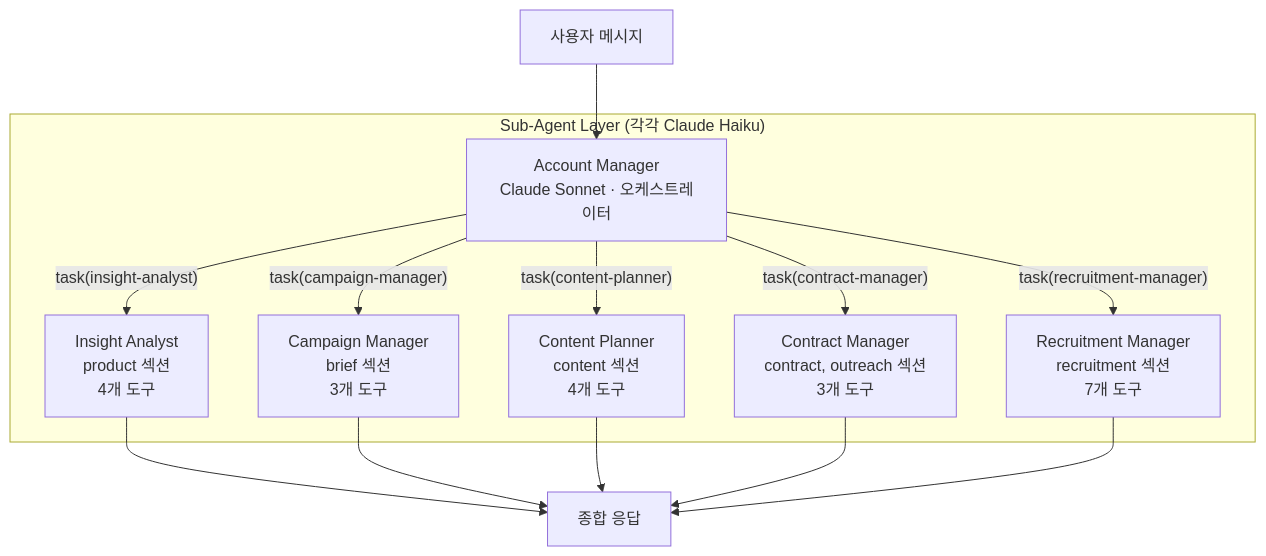
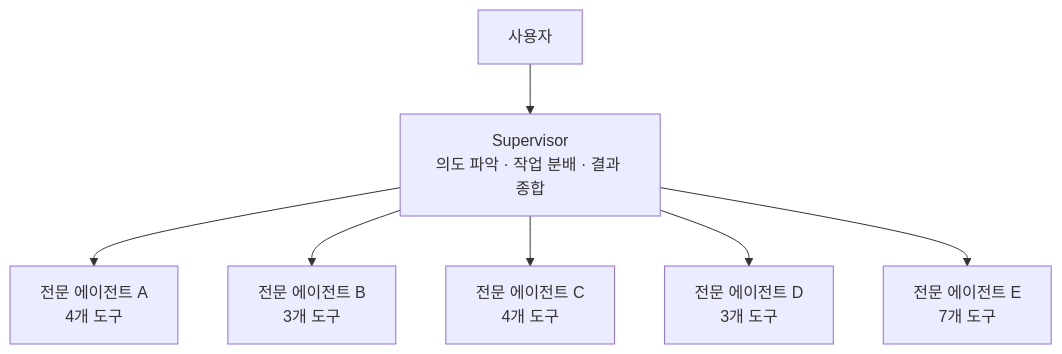
One commit to genie49/genie-cv changed the first of 2 diagrams in data/content/notes/kimpro-multi-agent.md. Above: the diagram before and after it, drawn with Mermaid. The commit also changed other lines of this file and 1 other file, not shown here.

First line of the commit message:
content: rewrite multi-agent note as harness engineering, merge snapshot-rollback

````diff
--- a/data/content/notes/kimpro-multi-agent.md
+++ b/data/content/notes/kimpro-multi-agent.md
@@ -45,18 +23,9 @@
 ```mermaid
 graph TB
-    User[사용자 메시지] --> AM[Account Manager<br/>Claude Sonnet · 오케스트레이터]
-
-    subgraph "Sub-Agent Layer (각각 Claude Haiku)"
-        AM -->|"task(insight-analyst)"| IA[Insight Analyst<br/>product 섹션<br/>4개 도구]
-        AM -->|"task(campaign-manager)"| CM[Campaign Manager<br/>brief 섹션<br/>3개 도구]
-        AM -->|"task(content-planner)"| CP[Content Planner<br/>content 섹션<br/>4개 도구]
-        AM -->|"task(contract-manager)"| CT[Contract Manager<br/>contract, outreach 섹션<br/>3개 도구]
-        AM -->|"task(recruitment-manager)"| RM[Recruitment Manager<br/>recruitment 섹션<br/>7개 도구]
-    end
-
-    IA --> Response[종합 응답]
-    CM --> Response
-    CP --> Response
-    CT --> Response
-    RM --> Response
+    User[사용자] --> AM[Supervisor<br/>의도 파악 · 작업 분배 · 결과 종합]
+    AM --> Sub1[전문 에이전트 A<br/>4개 도구]
+    AM --> Sub2[전문 에이전트 B<br/>3개 도구]
+    AM --> Sub3[전문 에이전트 C<br/>4개 도구]
+    AM --> Sub4[전문 에이전트 D<br/>3개 도구]
+    AM --> Sub5[전문 에이전트 E<br/>7개 도구]
 ```
````
